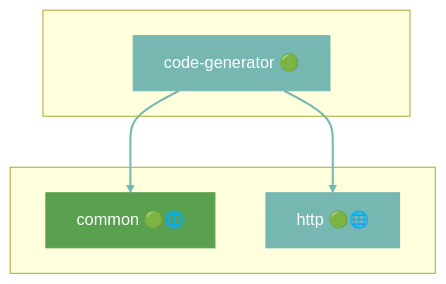
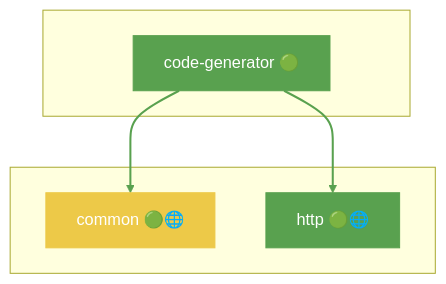
Before and after one commit to grest-ts/grest-ts: the sixth of 46 diagrams in docs/DEPENDENCIES.md, drawn with Mermaid. The commit also changed other lines of this file and 59 other files, not shown here.

````diff
--- a/docs/DEPENDENCIES.md
+++ b/docs/DEPENDENCIES.md
@@ -497,17 +519,17 @@
 ```mermaid
 flowchart TB
     subgraph Package[" "]
         code-generator["code-generator 🟢"]
     end
     subgraph Dependencies[" "]
         common["common 🟢🌐"]
         http["http 🟢🌐"]
     end
     code-generator --> common
     code-generator --> http
-    style code-generator fill:#76B7B2,stroke:#76B7B2,color:#fff
-    style common fill:#59A14F,stroke:#59A14F,color:#fff
-    style http fill:#76B7B2,stroke:#76B7B2,color:#fff
-    linkStyle 0 stroke:#76B7B2,stroke-width:2px
-    linkStyle 1 stroke:#76B7B2,stroke-width:2px
+    style code-generator fill:#59A14F,stroke:#59A14F,color:#fff
+    style common fill:#EDC948,stroke:#EDC948,color:#fff
+    style http fill:#59A14F,stroke:#59A14F,color:#fff
+    linkStyle 0 stroke:#59A14F,stroke-width:2px
+    linkStyle 1 stroke:#59A14F,stroke-width:2px
 ```
````
